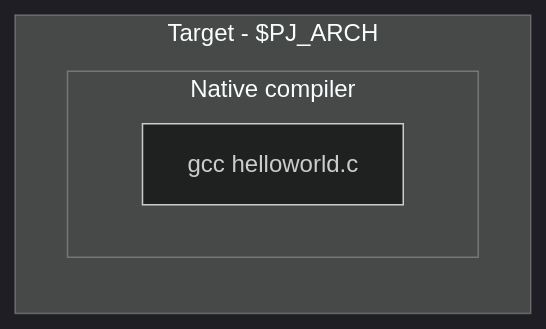
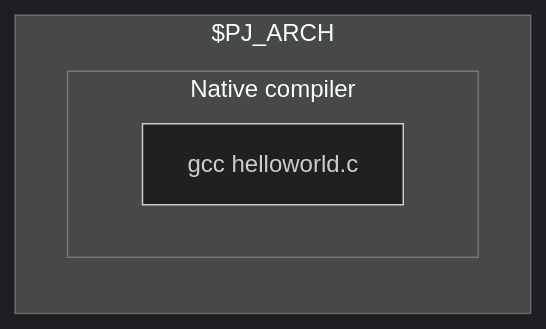
Before and after one commit to lankahsu520/CrossCompilationX: diagram 11 of 12 in README.md, drawn with Mermaid (dark theme). The commit also changed other lines of this file, not shown here.

Commit message:
update README.md, remove "Host - ","Target -"

````diff
--- a/README.md
+++ b/README.md
@@ -504,8 +504,8 @@
 ```mermaid
 flowchart LR
-	subgraph Target[Target - $PJ_ARCH]
+	subgraph Target[$PJ_ARCH]
 		subgraph Native[Native compiler]
 			helloworld[gcc helloworld.c]
 		end
 	end
 ```
````
